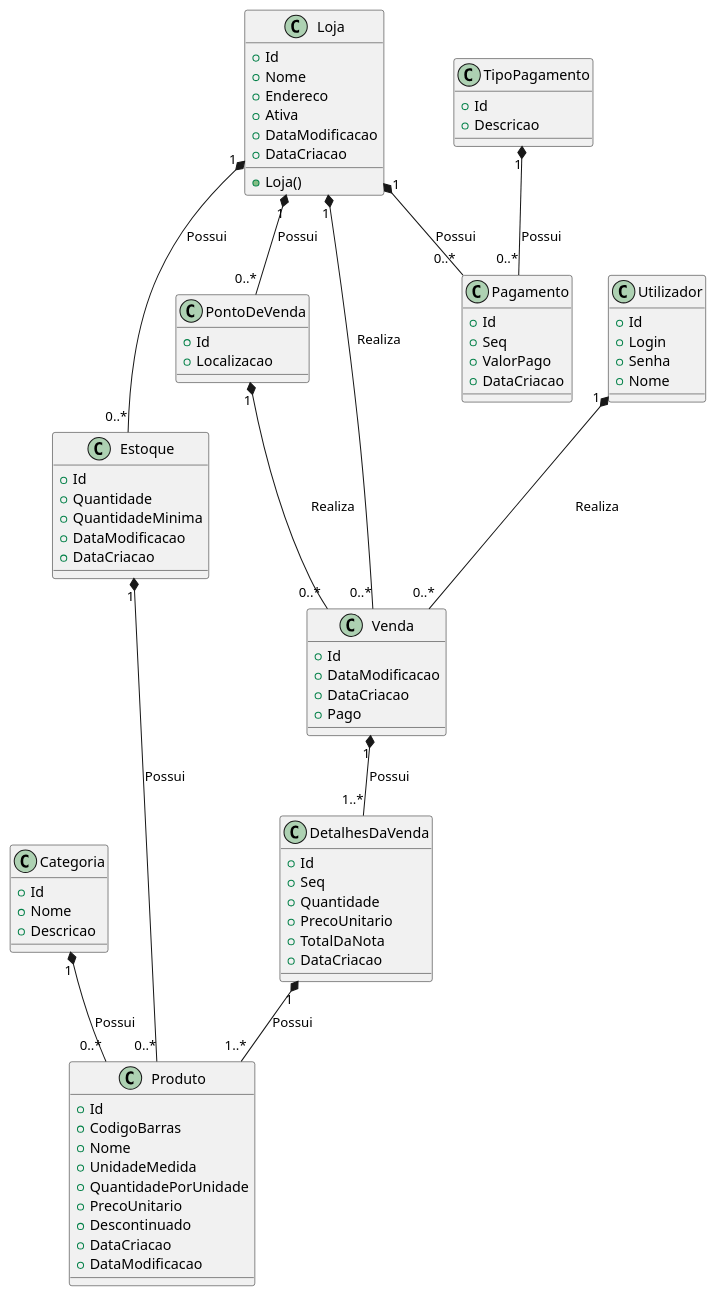
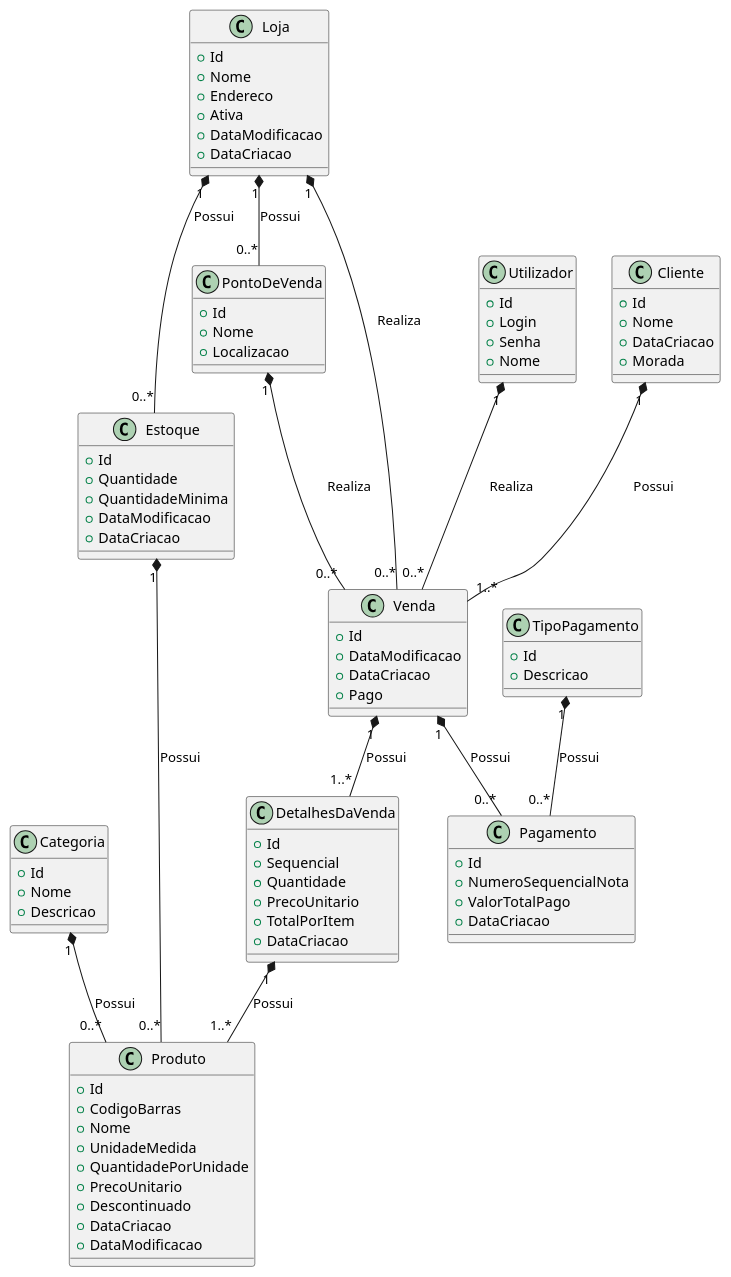
The diagram in Projeto01/Gandalf.Inc/Documentacao/DiagramaUml.puml (RumosProjetos/Acao74240), drawn with PlantUML before and after one commit. The commit also changed 8 other files, not shown here.

```diff
--- a/Projeto01/Gandalf.Inc/Documentacao/DiagramaUml.puml
+++ b/Projeto01/Gandalf.Inc/Documentacao/DiagramaUml.puml
@@ -1,91 +1,99 @@
 @startuml Vendas
 
 class Categoria {
     + Id 
     + Nome
     + Descricao    
 }
 
 class Produto {
     + Id 
     + CodigoBarras
     + Nome
     + UnidadeMedida
     + QuantidadePorUnidade 
     + PrecoUnitario 
     + Descontinuado
     + DataCriacao 
     + DataModificacao     
 }
 
 class Estoque {
     + Id 
     + Quantidade 
     + QuantidadeMinima 
     + DataModificacao 
     + DataCriacao    
  }
 
 class Loja {
-    + Loja()
     + Id 
     + Nome 
     + Endereco 
     + Ativa
     + DataModificacao 
     + DataCriacao     
  }
 
  class PontoDeVenda {
     + Id 
+    + Nome
     + Localizacao     
 }
 
 class Venda {
     + Id 
     + DataModificacao 
     + DataCriacao 
     + Pago
 }
 
 class DetalhesDaVenda {
     + Id 
-    + Seq     
+    + Sequencial     
     + Quantidade 
     + PrecoUnitario 
-    + TotalDaNota
+    + TotalPorItem
     + DataCriacao 
 }
 
 class Utilizador {
     + Id 
     + Login 
     + Senha 
     + Nome 
 }
 
 class TipoPagamento {
     + Id 
     + Descricao
 }
 
 class Pagamento {
     + Id 
-    + Seq
-    + ValorPago 
+    + NumeroSequencialNota
+    + ValorTotalPago 
     + DataCriacao   
+}
+
+class Cliente {
+    + Id 
+    + Nome
+    + DataCriacao
+    + Morada
 }
 
 ' Relacoes
 Categoria "1" *-- "0..*" Produto : Possui
 Estoque "1" *-- "0..*" Produto : Possui
 Loja "1" *-- "0..*" Estoque : Possui
 Loja "1" *-- "0..*" PontoDeVenda : Possui
 Loja "1" *-- "0..*" Venda : Realiza
 PontoDeVenda "1" *-- "0..*" Venda : Realiza
 Venda "1" *-- "1..*" DetalhesDaVenda : Possui
+Cliente "1" *-- "1..*" Venda : Possui
 DetalhesDaVenda "1" *-- "1..*" Produto : Possui
 Utilizador  "1" *-- "0..*" Venda : Realiza
 TipoPagamento  "1" *-- "0..*" Pagamento : Possui
-Loja "1" *-- "0..*" Pagamento : Possui
+Venda "1" *-- "0..*" Pagamento : Possui
 @enduml
```
